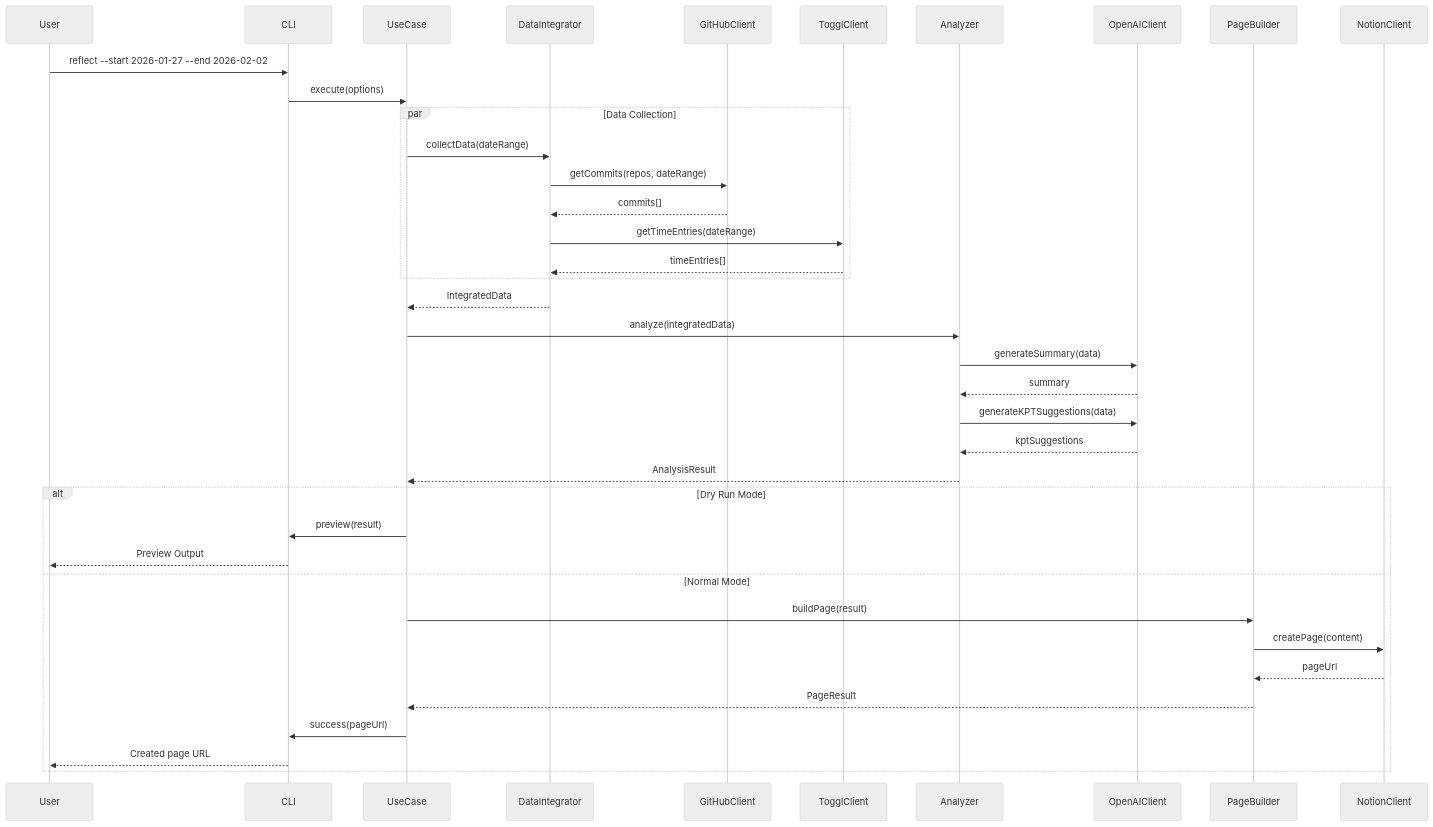
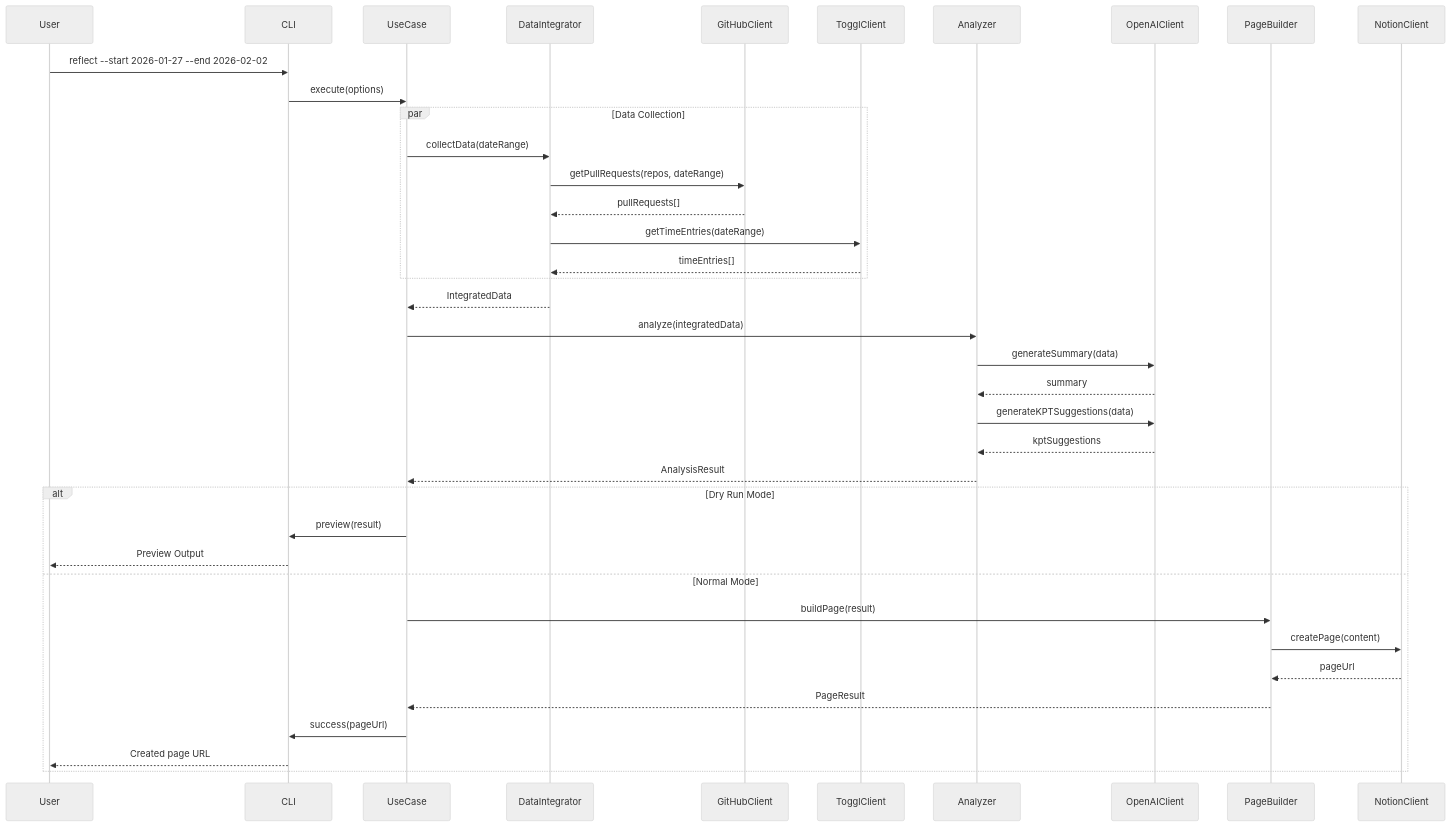
One commit to machamp0714/reflection-weekly changed the second of 5 diagrams in .kiro/specs/weekly-reflection-system/design.md. Above: the diagram before and after it, drawn with Mermaid (neutral theme). The commit also changed other lines of this file and 13 other files, not shown here.

````diff
--- a/.kiro/specs/weekly-reflection-system/design.md
+++ b/.kiro/specs/weekly-reflection-system/design.md
@@ -107,45 +107,45 @@
 ```mermaid
 sequenceDiagram
     participant User
     participant CLI
     participant UseCase
     participant DataIntegrator
     participant GitHubClient
     participant TogglClient
     participant Analyzer
     participant OpenAIClient
     participant PageBuilder
     participant NotionClient
 
     User->>CLI: reflect --start 2026-01-27 --end 2026-02-02
     CLI->>UseCase: execute(options)
 
     par Data Collection
         UseCase->>DataIntegrator: collectData(dateRange)
-        DataIntegrator->>GitHubClient: getCommits(repos, dateRange)
-        GitHubClient-->>DataIntegrator: commits[]
+        DataIntegrator->>GitHubClient: getPullRequests(repos, dateRange)
+        GitHubClient-->>DataIntegrator: pullRequests[]
         DataIntegrator->>TogglClient: getTimeEntries(dateRange)
         TogglClient-->>DataIntegrator: timeEntries[]
     end
 
     DataIntegrator-->>UseCase: IntegratedData
 
     UseCase->>Analyzer: analyze(integratedData)
     Analyzer->>OpenAIClient: generateSummary(data)
     OpenAIClient-->>Analyzer: summary
     Analyzer->>OpenAIClient: generateKPTSuggestions(data)
     OpenAIClient-->>Analyzer: kptSuggestions
     Analyzer-->>UseCase: AnalysisResult
 
     alt Dry Run Mode
         UseCase->>CLI: preview(result)
         CLI-->>User: Preview Output
     else Normal Mode
         UseCase->>PageBuilder: buildPage(result)
         PageBuilder->>NotionClient: createPage(content)
         NotionClient-->>PageBuilder: pageUrl
         PageBuilder-->>UseCase: PageResult
         UseCase->>CLI: success(pageUrl)
         CLI-->>User: Created page URL
     end
 ```
````
